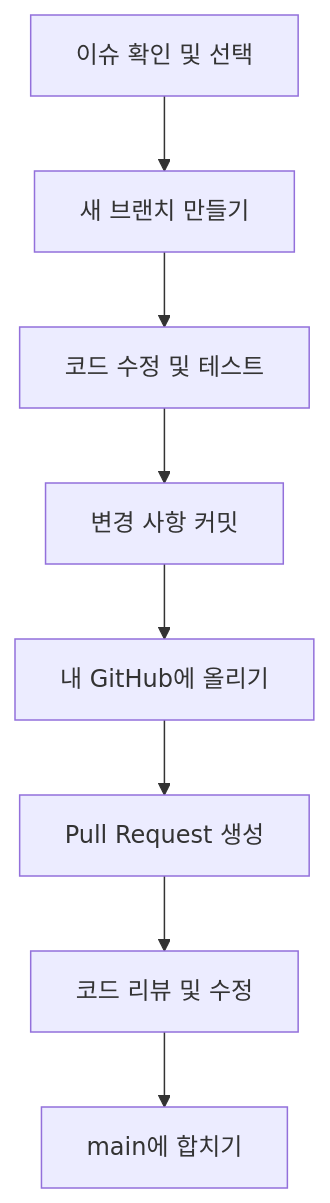
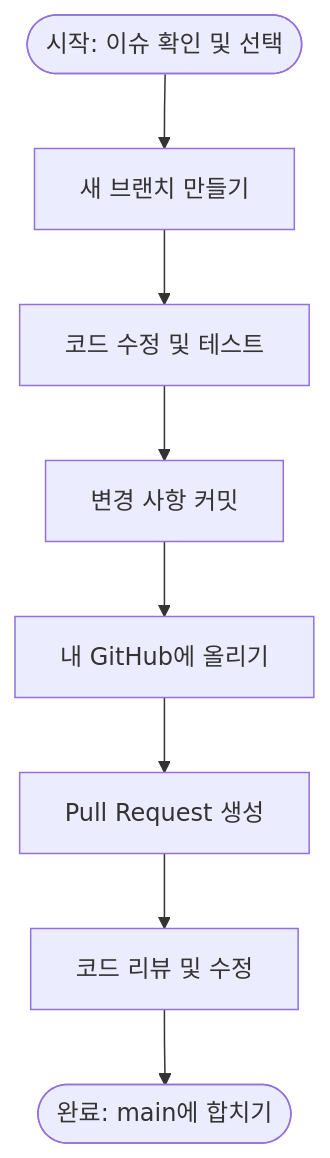
One commit to yeongseon/kpubdata-builder changed the second of 2 diagrams in CONTRIBUTING.md. Above: the diagram before and after it, drawn with Mermaid. The commit also changed 2 other files, not shown here.

Commit message:
docs: standardize procedural flowcharts with start/end terminators (#280)
Apply consistent flowchart conventions to the procedural (sequence/branch)
diagrams so they read as proper flowcharts: explicit start/end terminators
(stadium shape) and decision diamonds. Structural diagrams (layer/dependency
maps, file trees, entity relationships) are intentionally left unchanged.

- ALGORITHM.md: mark run_build entry and terminal nodes as terminators;
  add explicit start/end for the per-source pipeline
- CONTRIBUTING.md: contribution flow start/end terminators
- EXPORT_MODEL.md: add start/end terminators to the exporter tutorial flow

Validated with mermaid-cli render and mkdocs build --strict (exit 0).

````diff
--- a/CONTRIBUTING.md
+++ b/CONTRIBUTING.md
@@ -140,10 +140,10 @@
 ```mermaid
 flowchart TD
-    Start[이슈 확인 및 선택] --> Branch[새 브랜치 만들기]
+    Start([시작: 이슈 확인 및 선택]) --> Branch[새 브랜치 만들기]
     Branch --> Coding[코드 수정 및 테스트]
     Coding --> Commit[변경 사항 커밋]
     Commit --> Push[내 GitHub에 올리기]
     Push --> PR[Pull Request 생성]
     PR --> Review[코드 리뷰 및 수정]
-    Review --> Merge[main에 합치기]
+    Review --> Merge([완료: main에 합치기])
 ```
````
